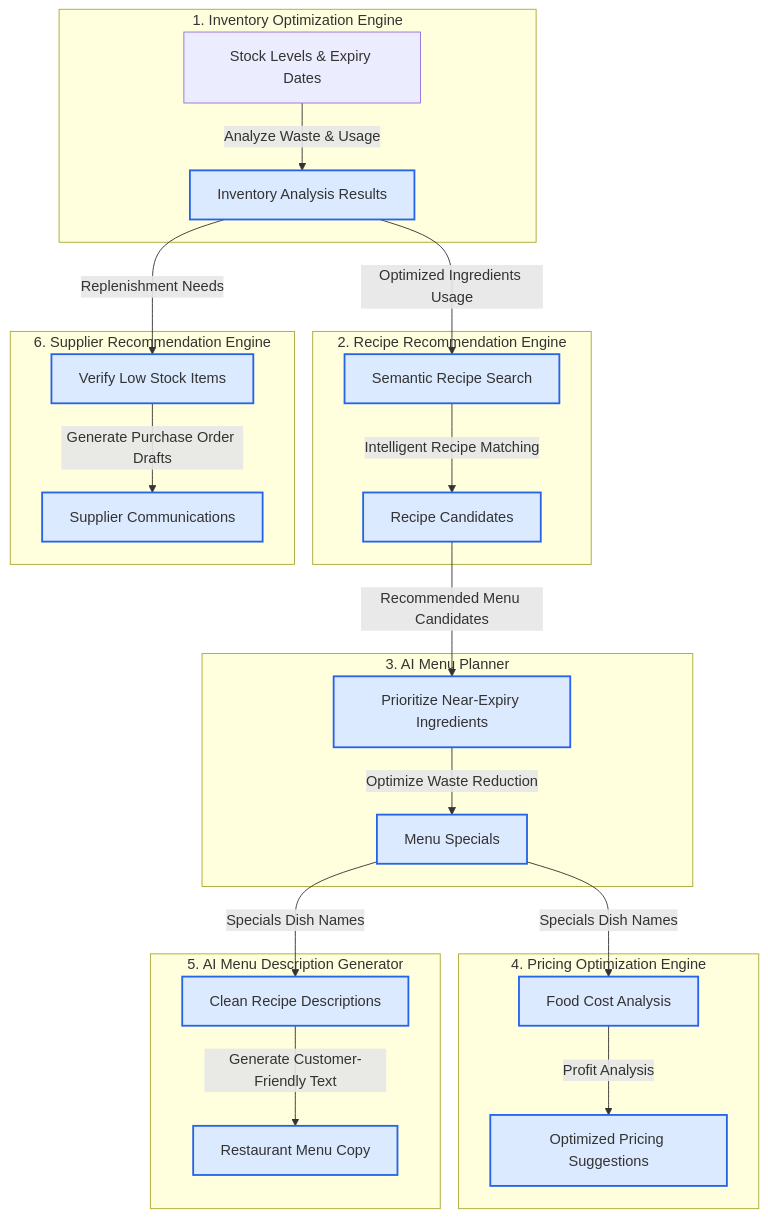
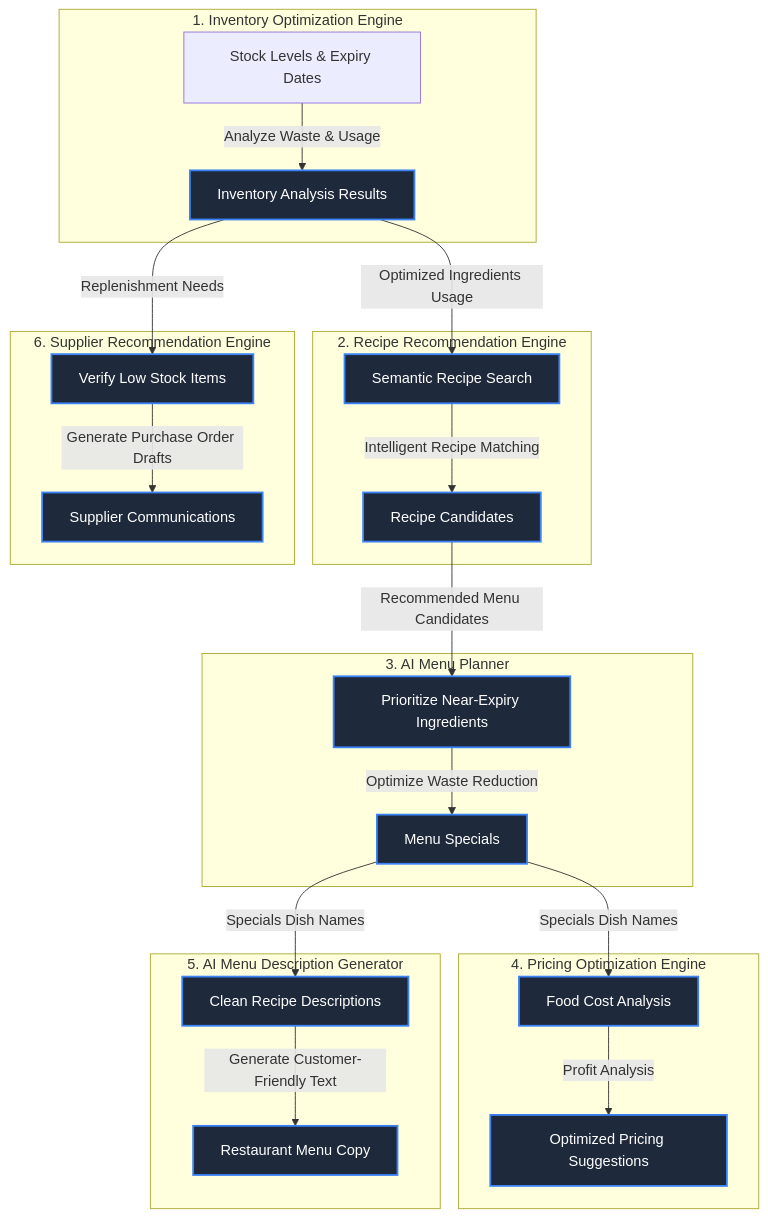
One commit to codenchaoss/pantrypulse changed the second of 3 diagrams in ai-service/README.md. Above: the diagram before and after it, drawn with Mermaid. The commit also changed other lines of this file, not shown here.

````diff
--- a/ai-service/README.md
+++ b/ai-service/README.md
@@ -119,33 +119,33 @@
 ```mermaid
 graph TD
-    classDef ai fill:#dbeafe,stroke:#2563eb,stroke-width:2px;
+    classDef ai fill:#1e293b,stroke:#3b82f6,stroke-width:2px,color:#ffffff;
 
     subgraph 1. Inventory Optimization Engine
         A[Stock Levels & Expiry Dates] -->|Analyze Waste & Usage| B[Inventory Analysis Results]:::ai
     end
 
     subgraph 2. Recipe Recommendation Engine
         B -->|Optimized Ingredients Usage| C[Semantic Recipe Search]:::ai
         C -->|Intelligent Recipe Matching| D[Recipe Candidates]:::ai
     end
 
     subgraph 3. AI Menu Planner
         D -->|Recommended Menu Candidates| E[Prioritize Near-Expiry Ingredients]:::ai
         E -->|Optimize Waste Reduction| F[Menu Specials]:::ai
     end
 
     subgraph 4. Pricing Optimization Engine
         F -->|Specials Dish Names| G[Food Cost Analysis]:::ai
         G -->|Profit Analysis| H[Optimized Pricing Suggestions]:::ai
     end
 
     subgraph 5. AI Menu Description Generator
         F -->|Specials Dish Names| I[Clean Recipe Descriptions]:::ai
         I -->|Generate Customer-Friendly Text| J[Restaurant Menu Copy]:::ai
     end
 
     subgraph 6. Supplier Recommendation Engine
         B -->|Replenishment Needs| K[Verify Low Stock Items]:::ai
         K -->|Generate Purchase Order Drafts| L[Supplier Communications]:::ai
     end
 ```
````
